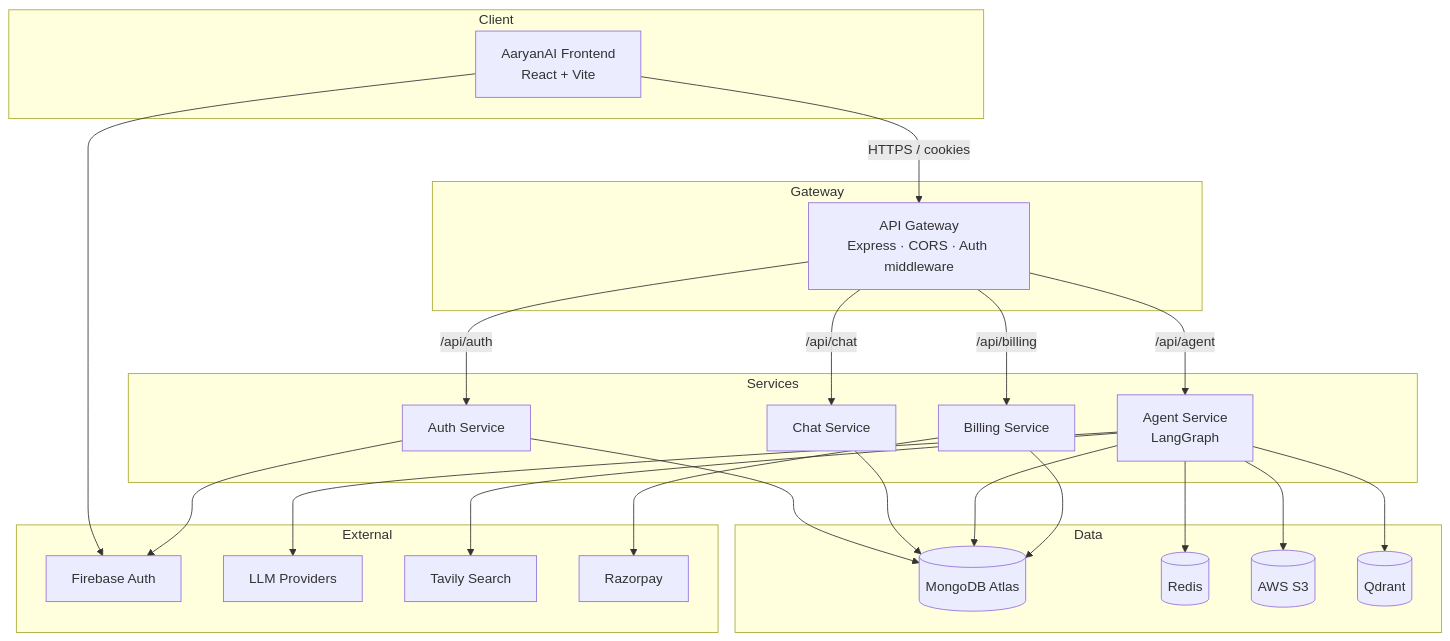
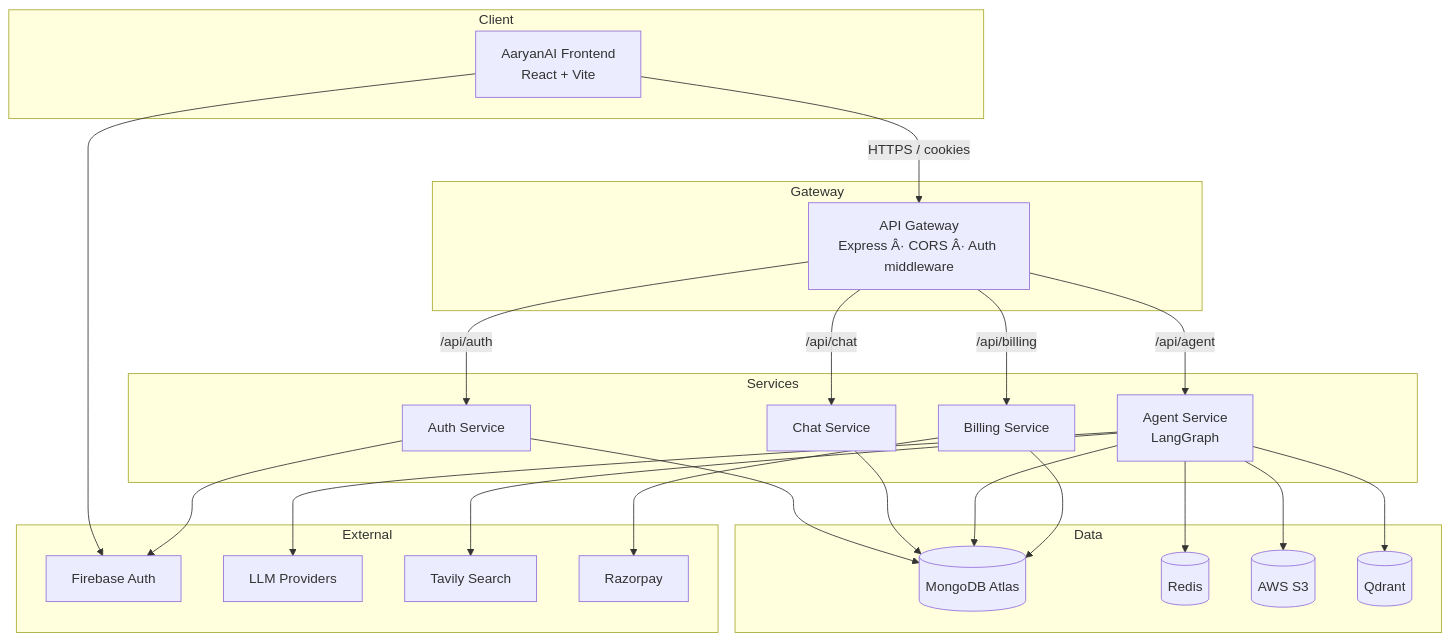
Before and after one commit to aaryansrawat18/AaryanAI-MultiAgent: the first of 4 diagrams in README.md, drawn with Mermaid. The commit also changed other lines of this file, not shown here.

````diff
--- a/README.md
+++ b/README.md
@@ -46,49 +46,49 @@
 ```mermaid
 flowchart TB
   subgraph Client
     UI[AaryanAI Frontend<br/>React + Vite]
   end
 
   subgraph Gateway
-    GW[API Gateway<br/>Express · CORS · Auth middleware]
+    GW[API Gateway<br/>Express Â· CORS Â· Auth middleware]
   end
 
   subgraph Services
     AUTH[Auth Service]
     CHAT[Chat Service]
     AGENT[Agent Service<br/>LangGraph]
     BILL[Billing Service]
   end
 
   subgraph Data
     MONGO[(MongoDB Atlas)]
     REDIS[(Redis)]
     S3[(AWS S3)]
     QDRANT[(Qdrant)]
   end
 
   subgraph External
     FB[Firebase Auth]
     LLM[LLM Providers]
     TAVILY[Tavily Search]
     RP[Razorpay]
   end
 
   UI -->|HTTPS / cookies| GW
   UI --> FB
   GW -->|/api/auth| AUTH
   GW -->|/api/chat| CHAT
   GW -->|/api/agent| AGENT
   GW -->|/api/billing| BILL
   AUTH --> MONGO
   AUTH --> FB
   CHAT --> MONGO
   AGENT --> MONGO
   AGENT --> REDIS
   AGENT --> S3
   AGENT --> QDRANT
   AGENT --> LLM
   AGENT --> TAVILY
   BILL --> MONGO
   BILL --> RP
 ```
````
